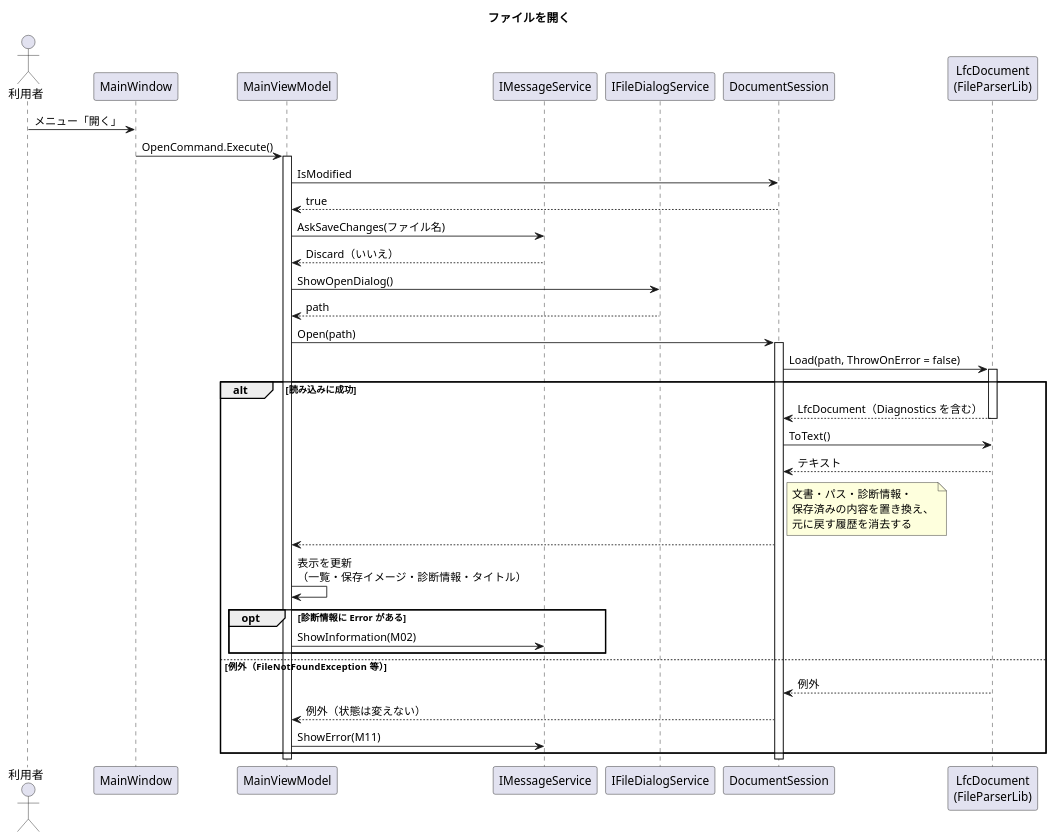
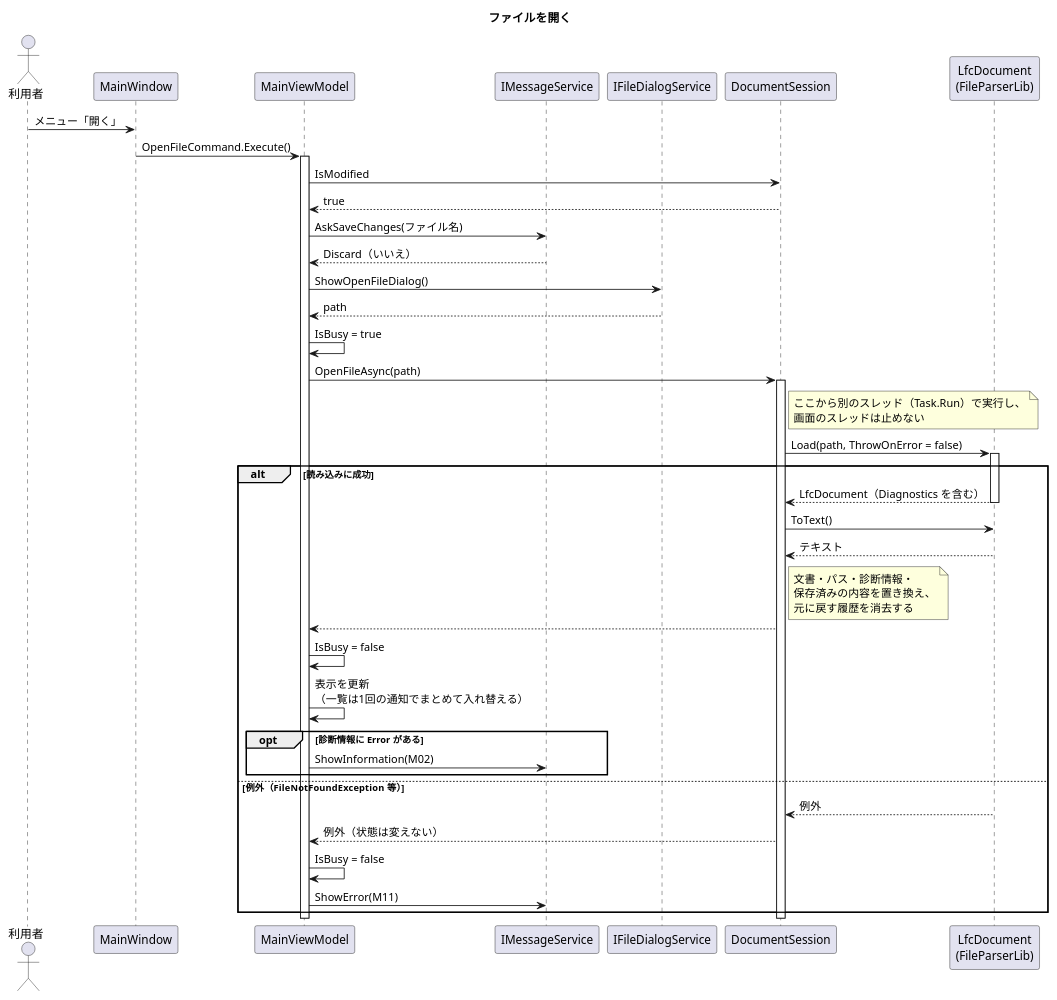
Before and after one commit to r-aoki-git/FileParseEditor: the diagram in diagrams/シーケンス図（ファイルを開く）.pu, drawn with PlantUML. The commit also changed 8 other files, not shown here.

First line of the commit message:
設計書・クラス図・シーケンス図・README を指摘への対応に合わせて更新

```diff
--- a/diagrams/シーケンス図（ファイルを開く）.pu
+++ b/diagrams/シーケンス図（ファイルを開く）.pu
@@ -1,52 +1,59 @@
 @startuml FileParseEditor_Sequence_Open
 title ファイルを開く
 
 actor 利用者 as User
 participant "MainWindow" as View
 participant "MainViewModel" as VM
 participant "IMessageService" as Msg
 participant "IFileDialogService" as Dlg
 participant "DocumentSession" as Session
 participant "LfcDocument\n(FileParserLib)" as Doc
 
 User -> View : メニュー「開く」
-View -> VM : OpenCommand.Execute()
+View -> VM : OpenFileCommand.Execute()
 activate VM
 
 VM -> Session : IsModified
 Session --> VM : true
 VM -> Msg : AskSaveChanges(ファイル名)
 Msg --> VM : Discard（いいえ）
 
-VM -> Dlg : ShowOpenDialog()
+VM -> Dlg : ShowOpenFileDialog()
 Dlg --> VM : path
 
-VM -> Session : Open(path)
+VM -> VM : IsBusy = true
+VM -> Session : OpenFileAsync(path)
 activate Session
+note right of Session
+  ここから別のスレッド（Task.Run）で実行し、
+  画面のスレッドは止めない
+end note
 Session -> Doc : Load(path, ThrowOnError = false)
 activate Doc
 alt 読み込みに成功
     Doc --> Session : LfcDocument（Diagnostics を含む）
     deactivate Doc
     Session -> Doc : ToText()
     Doc --> Session : テキスト
     note right of Session
       文書・パス・診断情報・
       保存済みの内容を置き換え、
       元に戻す履歴を消去する
     end note
     Session --> VM
-    VM -> VM : 表示を更新\n（一覧・保存イメージ・診断情報・タイトル）
+    VM -> VM : IsBusy = false
+    VM -> VM : 表示を更新\n（一覧は1回の通知でまとめて入れ替える）
     opt 診断情報に Error がある
         VM -> Msg : ShowInformation(M02)
     end
 else 例外（FileNotFoundException 等）
     Doc --> Session : 例外
     Session --> VM : 例外（状態は変えない）
+    VM -> VM : IsBusy = false
     VM -> Msg : ShowError(M11)
 end
 deactivate Session
 
 deactivate VM
 
 @enduml
```
